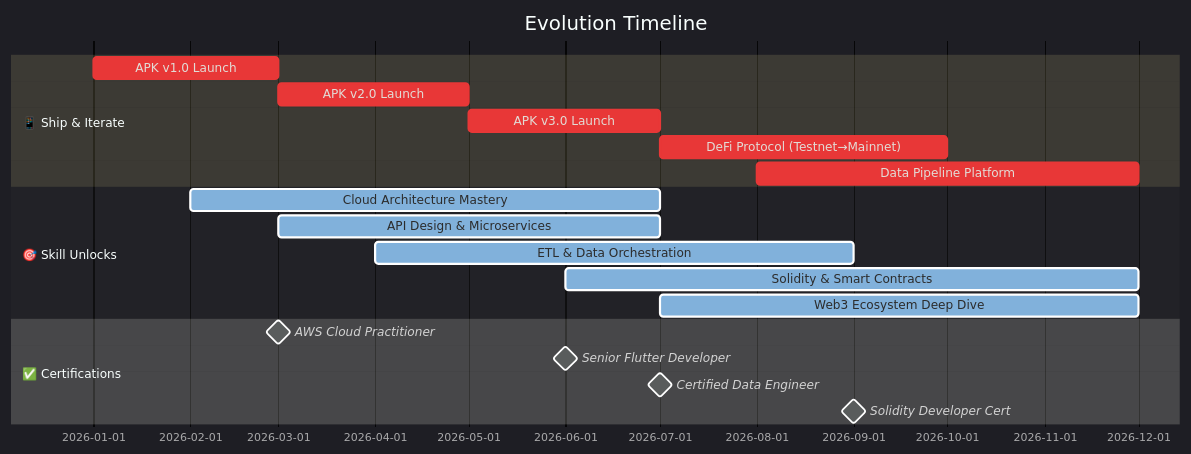
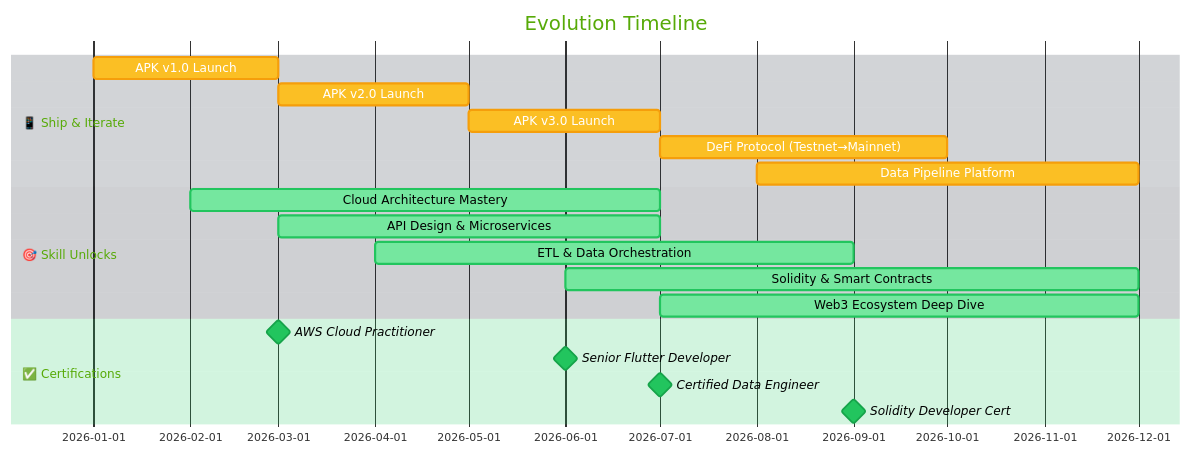
The diagram in README.md (jude-craft/jude-craft), drawn with Mermaid before and after one commit. The commit also changed other lines of this file, not shown here.

First line of the commit message:
Change Mermaid theme and update current grinding tasks

````diff
--- a/README.md
+++ b/README.md
@@ -147,26 +146,26 @@
 ```mermaid
-%%{init: {'theme':'dark', 'themeVariables': { 'primaryColor':'#6366f1','primaryTextColor':'#fff','primaryBorderColor':'#4f46e5','lineColor':'#8b5cf6','secondaryColor':'#ec4899','tertiaryColor':'#10b981'}}}%%
+%%{init: {'theme':'base', 'themeVariables': { 'primaryColor':'#22c55e','primaryTextColor':'#000000','primaryBorderColor':'#16a34a','lineColor':'#f97316','secondaryColor':'#3b82f6','tertiaryColor':'#a855f7','critBkgColor':'#fbbf24','critBorderColor':'#f59e0b','activeBkgColor':'#60a5fa','activeBorderColor':'#3b82f6','doneBkgColor':'#4ade80','taskTextColor':'#ffffff','taskTextOutsideColor':'#000000','gridColor':'#374151','sectionBkgColor':'#1f2937','altSectionBkgColor':'#111827','numberSectionStyles':'2','fontSize':'14px'}}}%%
 gantt
     title Evolution Timeline
     dateFormat YYYY-MM
     
     section 📱 Ship & Iterate
     APK v1.0 Launch           :crit, p1, 2026-01, 2M
     APK v2.0 Launch           :crit, p2, 2026-03, 2M
     APK v3.0 Launch           :crit, p3, 2026-05, 2M
     DeFi Protocol (Testnet→Mainnet) :crit, p4, 2026-07, 3M
     Data Pipeline Platform    :crit, p5, 2026-08, 4M
     
     section 🎯 Skill Unlocks
     Cloud Architecture Mastery :active, s1, 2026-02, 5M
     API Design & Microservices :active, s2, 2026-03, 4M
     ETL & Data Orchestration   :active, s3, 2026-04, 5M
     Solidity & Smart Contracts :active, s4, 2026-06, 6M
     Web3 Ecosystem Deep Dive   :active, s5, 2026-07, 5M
     
     section ✅ Certifications
     AWS Cloud Practitioner     :milestone, c1, 2026-03, 0d
     Senior Flutter Developer   :milestone, c2, 2026-06, 0d
     Certified Data Engineer    :milestone, c3, 2026-07, 0d
     Solidity Developer Cert    :milestone, c4, 2026-09, 0d
 ```
````
